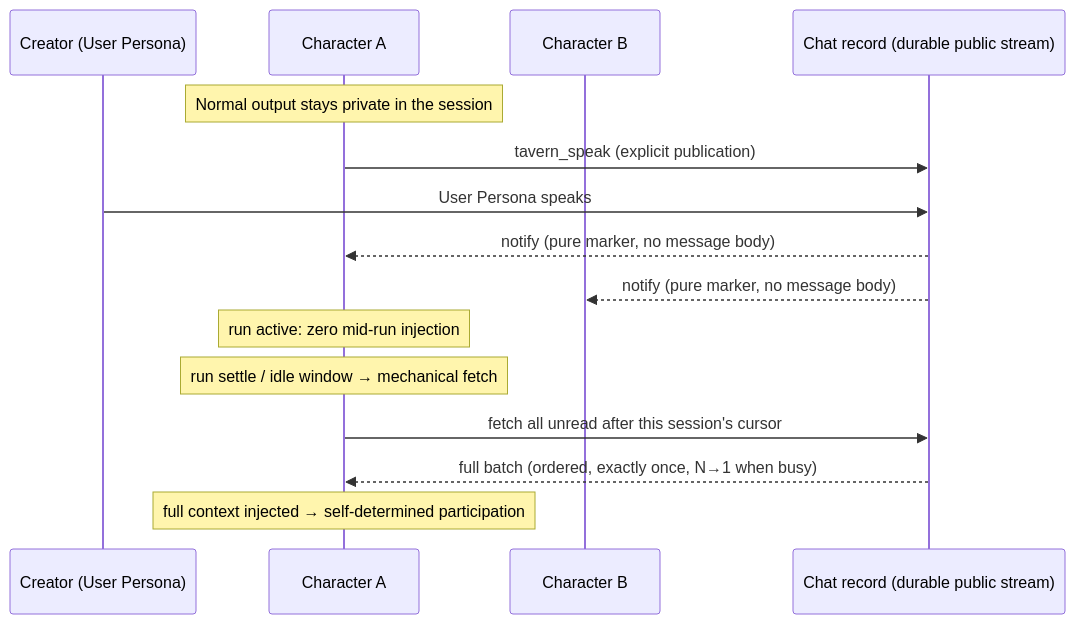
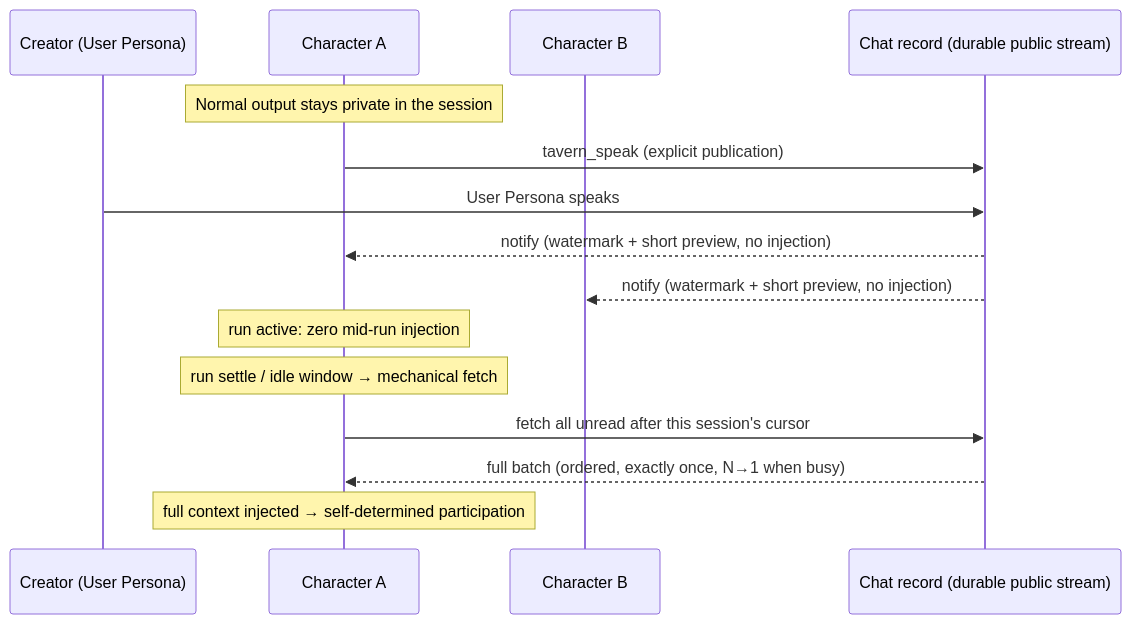
Before and after one commit to icylight/pi-tavern: the diagram in README.en.md, drawn with Mermaid. The commit also changed other lines of this file and 1 other file, not shown here.

Commit message:
docs(readme): 通知载荷表述修正——水位+最近 3 条短预览（UI 快照用，不注入上下文），完整正文一律经拉取（Dev 终核纠偏，实现验证 preview_messages）

````diff
--- a/README.en.md
+++ b/README.en.md
@@ -33,18 +33,18 @@
 ```mermaid
 sequenceDiagram
     participant C as Creator (User Persona)
     participant A as Character A
     participant B as Character B
     participant S as Chat record (durable public stream)
 
     Note over A: Normal output stays private in the session
     A->>S: tavern_speak (explicit publication)
     C->>S: User Persona speaks
-    S-->>A: notify (pure marker, no message body)
-    S-->>B: notify (pure marker, no message body)
+    S-->>A: notify (watermark + short preview, no injection)
+    S-->>B: notify (watermark + short preview, no injection)
     Note over A: run active: zero mid-run injection
     Note over A: run settle / idle window → mechanical fetch
     A->>S: fetch all unread after this session's cursor
     S-->>A: full batch (ordered, exactly once, N→1 when busy)
     Note over A: full context injected → self-determined participation
 ```
````
